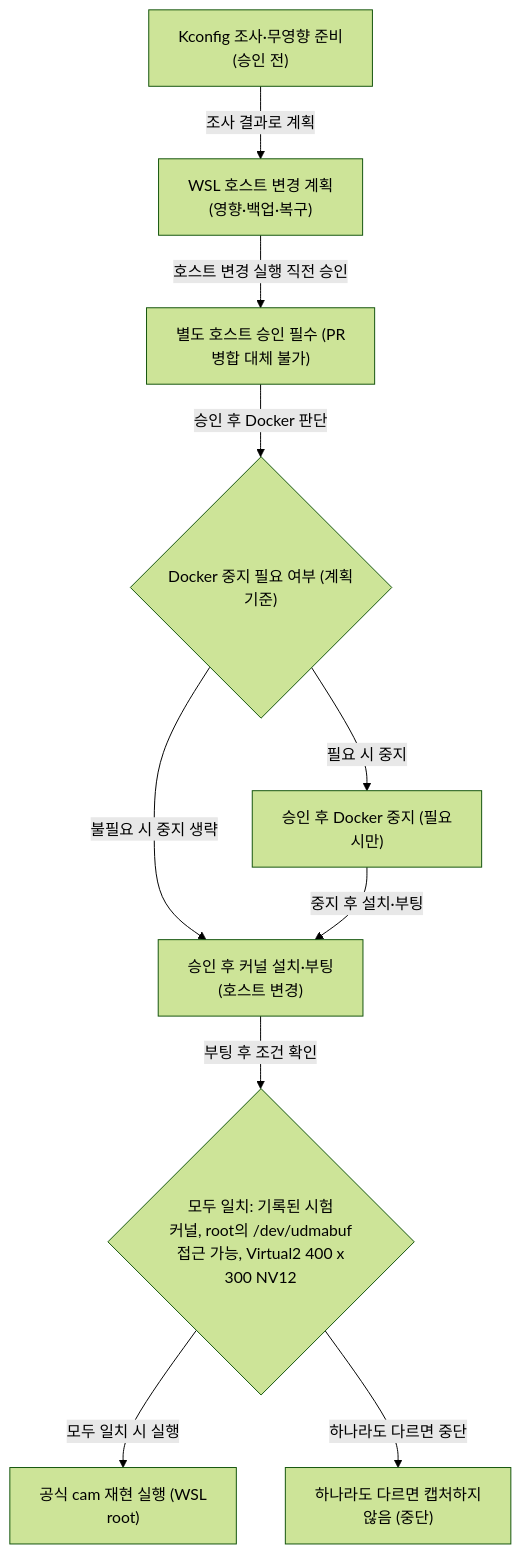
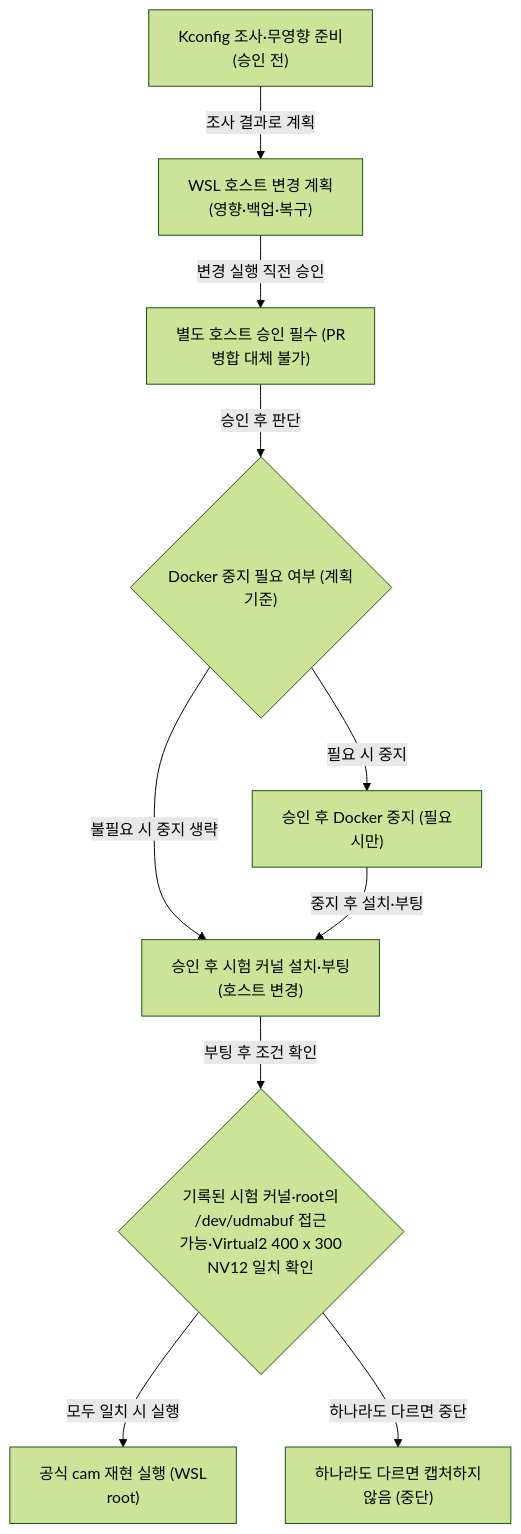
One commit to TTolsun/libcamera-sdd changed the third of 3 diagrams in docs/official-cam-validation.md. Above: the diagram before and after it, drawn with Mermaid (forest theme). The commit also changed other lines of this file and 382 other files, not shown here.

Commit message:
Explain virtual capture through real buffers and ordered callbacks

````diff
--- a/docs/official-cam-validation.md
+++ b/docs/official-cam-validation.md
@@ -126,22 +212,22 @@
 ```mermaid
 flowchart TB
-%% sdd:translations {"Docker 중지 필요 여부 (계획 <br/>기준)": "Decide whether Docker stop <br/>is needed per plan", "Kconfig 조사·무영향 준비 <br/>(승인 전)": "Survey Kconfig; non-impact <br/>prep before approval", "WSL 호스트 변경 계획 <br/>(영향·백업·복구)": "WSL host change plan: <br/>impact, backup, recovery", "공식 cam 재현 실행 (WSL <br/>root)": "Run official cam <br/>reproduction (WSL root)", "모두 일치 시 실행": "Run cam only when all match", "모두 일치: 기록된 시험 <br/>커널, root의 /dev/udmabuf <br/>접근 가능, Virtual2 400 x <br/>300 NV12": "All: recorded kernel, root <br/>/dev/udmabuf access, <br/>Virtual2 400 x 300 NV12", "별도 호스트 승인 필수 (PR <br/>병합 대체 불가)": "Separate host approval; PR <br/>merge cannot replace", "부팅 후 조건 확인": "Check conditions after boot", "불필요 시 중지 생략": "If not needed, skip stop", "승인 후 Docker 중지 (필요 <br/>시만)": "After approval, stop Docker <br/>if needed", "승인 후 Docker 판단": "After approval, check Docker", "승인 후 커널 설치·부팅 <br/>(호스트 변경)": "Post-approval kernel <br/>install/boot (host change)", "조사 결과로 계획": "Plan host change from survey", "중지 후 설치·부팅": "After stop, install and boot", "필요 시 중지": "If needed, stop Docker", "하나라도 다르면 중단": "If any differs, stop capture", "하나라도 다르면 캡처하지 <br/>않음 (중단)": "If any differs, do not <br/>capture; stop", "호스트 변경 실행 직전 승인": "Approval just before host <br/>change"}
+%% sdd:translations {"Docker 중지 필요 여부 (계획 <br/>기준)": "Decide whether Docker stop <br/>is needed per plan", "Kconfig 조사·무영향 준비 <br/>(승인 전)": "Survey Kconfig; no-impact <br/>prep before approval", "WSL 호스트 변경 계획 <br/>(영향·백업·복구)": "WSL host change plan: <br/>impact, backup, recovery", "공식 cam 재현 실행 (WSL <br/>root)": "Run official cam <br/>reproduction (WSL root)", "기록된 시험 커널·root의 <br/>/dev/udmabuf 접근 <br/>가능·Virtual2 400 x 300 <br/>NV12 일치 확인": "Recorded test kernel, root <br/>/dev/udmabuf access, <br/>Virtual2 400 x 300 NV12", "모두 일치 시 실행": "Run cam only when all match", "변경 실행 직전 승인": "Approval just before host <br/>change", "별도 호스트 승인 필수 (PR <br/>병합 대체 불가)": "Separate host approval <br/>required; PR merge cannot <br/>replace", "부팅 후 조건 확인": "Check conditions after boot", "불필요 시 중지 생략": "If not needed, skip stop", "승인 후 Docker 중지 (필요 <br/>시만)": "After approval, stop Docker <br/>if needed", "승인 후 시험 커널 설치·부팅 <br/>(호스트 변경)": "After approval, <br/>install/boot test kernel <br/>(host change)", "승인 후 판단": "After approval, decide", "조사 결과로 계획": "Plan host change from survey", "중지 후 설치·부팅": "After stop, install and boot", "필요 시 중지": "If needed, stop Docker", "하나라도 다르면 중단": "If any differs, stop capture", "하나라도 다르면 캡처하지 <br/>않음 (중단)": "If any differs, do not <br/>capture; stop"}
   v_kconfig_survey["Kconfig 조사·무영향 준비 <br/>(승인 전)"]
   v_wsl_plan["WSL 호스트 변경 계획 <br/>(영향·백업·복구)"]
   v_host_approval["별도 호스트 승인 필수 (PR <br/>병합 대체 불가)"]
   v_docker_decide{"Docker 중지 필요 여부 (계획 <br/>기준)"}
   v_docker_stop["승인 후 Docker 중지 (필요 <br/>시만)"]
-  v_kernel_prep["승인 후 커널 설치·부팅 <br/>(호스트 변경)"]
-  v_device_verify{"모두 일치: 기록된 시험 <br/>커널, root의 /dev/udmabuf <br/>접근 가능, Virtual2 400 x <br/>300 NV12"}
+  v_kernel_prep["승인 후 시험 커널 설치·부팅 <br/>(호스트 변경)"]
+  v_device_verify{"기록된 시험 커널·root의 <br/>/dev/udmabuf 접근 <br/>가능·Virtual2 400 x 300 <br/>NV12 일치 확인"}
   v_run_cam["공식 cam 재현 실행 (WSL <br/>root)"]
   v_mismatch_stop["하나라도 다르면 캡처하지 <br/>않음 (중단)"]
   v_kconfig_survey -->|"조사 결과로 계획"| v_wsl_plan
-  v_wsl_plan -->|"호스트 변경 실행 직전 승인"| v_host_approval
-  v_host_approval -->|"승인 후 Docker 판단"| v_docker_decide
+  v_wsl_plan -->|"변경 실행 직전 승인"| v_host_approval
+  v_host_approval -->|"승인 후 판단"| v_docker_decide
   v_docker_decide -->|"필요 시 중지"| v_docker_stop
   v_docker_decide -->|"불필요 시 중지 생략"| v_kernel_prep
   v_docker_stop -->|"중지 후 설치·부팅"| v_kernel_prep
   v_kernel_prep -->|"부팅 후 조건 확인"| v_device_verify
   v_device_verify -->|"모두 일치 시 실행"| v_run_cam
   v_device_verify -->|"하나라도 다르면 중단"| v_mismatch_stop
 ```
````
